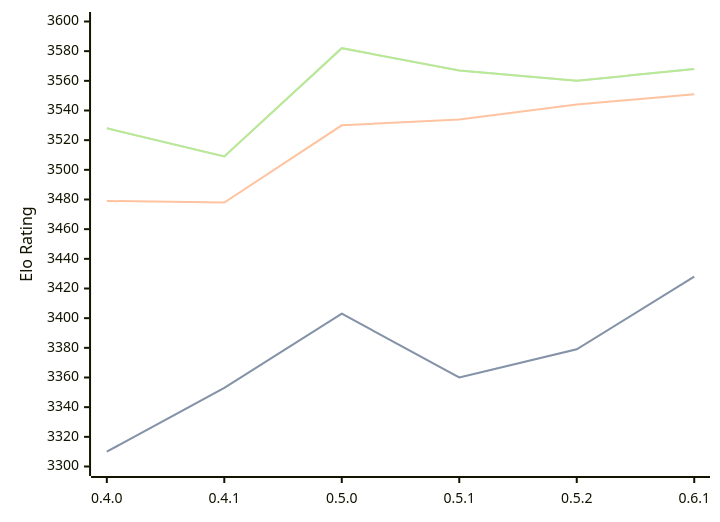
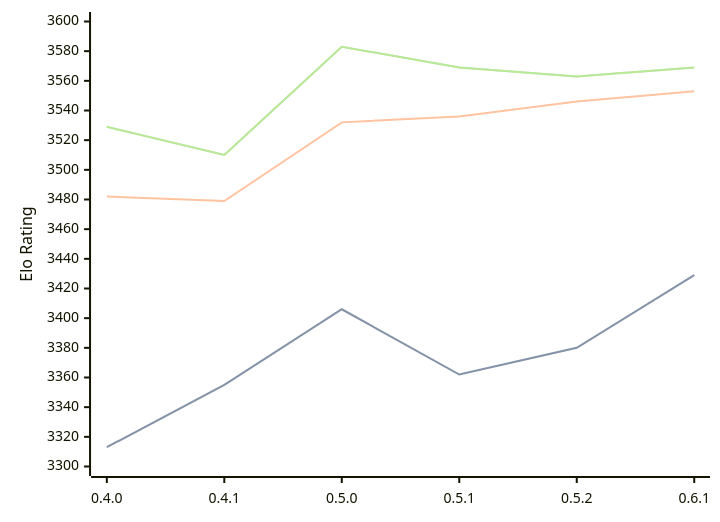
Before and after one commit to computer-chess-index/cci: the diagram in engines/Cinder.md, drawn with Mermaid. The commit also changed other lines of this file, not shown here.

Commit message:
Update CCI Ratings (ELO VLTC) - 2026-09-01

````diff
--- a/engines/Cinder.md
+++ b/engines/Cinder.md
@@ -37,11 +37,11 @@
 ```mermaid
 %%{init: {"theme":"base","themeVariables":{"seriesColors:['#a3a3a3','#222221','#faa371']}}}%%
 xychart-beta
   x-axis ["0.4.0", "0.4.1", "0.5.0", "0.5.1", "0.5.2", "0.6.1"]
   y-axis "Elo Rating" 3300 --> 3600
-  line "" [3310, 3353, 3403, 3360, 3379, 3428]
-  line "STC (8.0+0.08s)" [3310, 3353, 3403, 3360, 3379, 3428]
-  line "LTC (60.0+0.60s)" [3479, 3478, 3530, 3534, 3544, 3551]
-  line "" [3528, 3509, 3582, 3567, 3560, 3568]
-  line "VLTC (2m24s+1.12s)" [3528, 3509, 3582, 3567, 3560, 3568]
+  line "" [3313, 3355, 3406, 3362, 3380, 3429]
+  line "STC (8.0+0.08s)" [3313, 3355, 3406, 3362, 3380, 3429]
+  line "LTC (60.0+0.60s)" [3482, 3479, 3532, 3536, 3546, 3553]
+  line "" [3529, 3510, 3583, 3569, 3563, 3569]
+  line "VLTC (2m24s+1.12s)" [3529, 3510, 3583, 3569, 3563, 3569]
 ```
````
